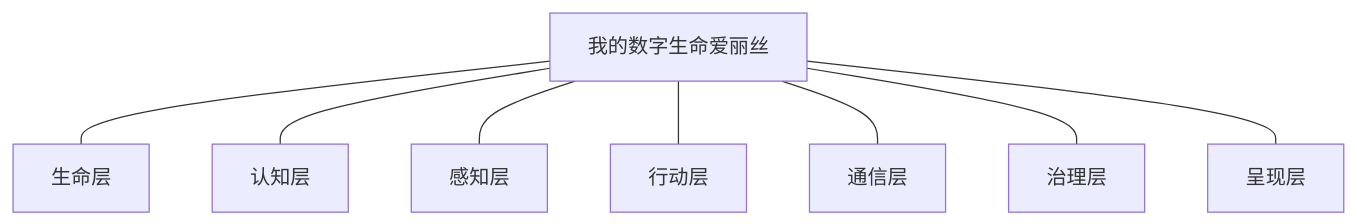
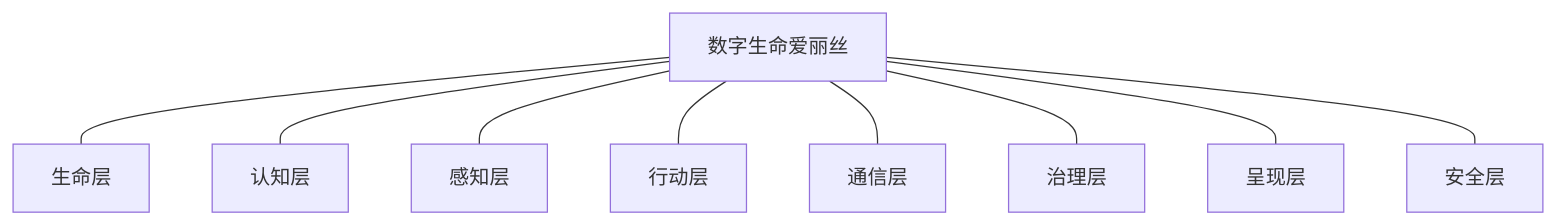
Before and after one commit to jonah791/alice-digital-life: the first of 2 diagrams in README.md, drawn with Mermaid. The commit also changed other lines of this file and 4 other files, not shown here.

````diff
--- a/README.md
+++ b/README.md
@@ -9,4 +20,4 @@
 ```mermaid
 graph TB
-    ALICE[我的数字生命爱丽丝] --- L1[生命层] & L2[认知层] & L3[感知层] & L4[行动层] & L5[通信层] & L6[治理层] & L7[呈现层]
+    A[数字生命爱丽丝] --- L1[生命层] & L2[认知层] & L3[感知层] & L4[行动层] & L5[通信层] & L6[治理层] & L7[呈现层] & L8[安全层]
 ```
````
